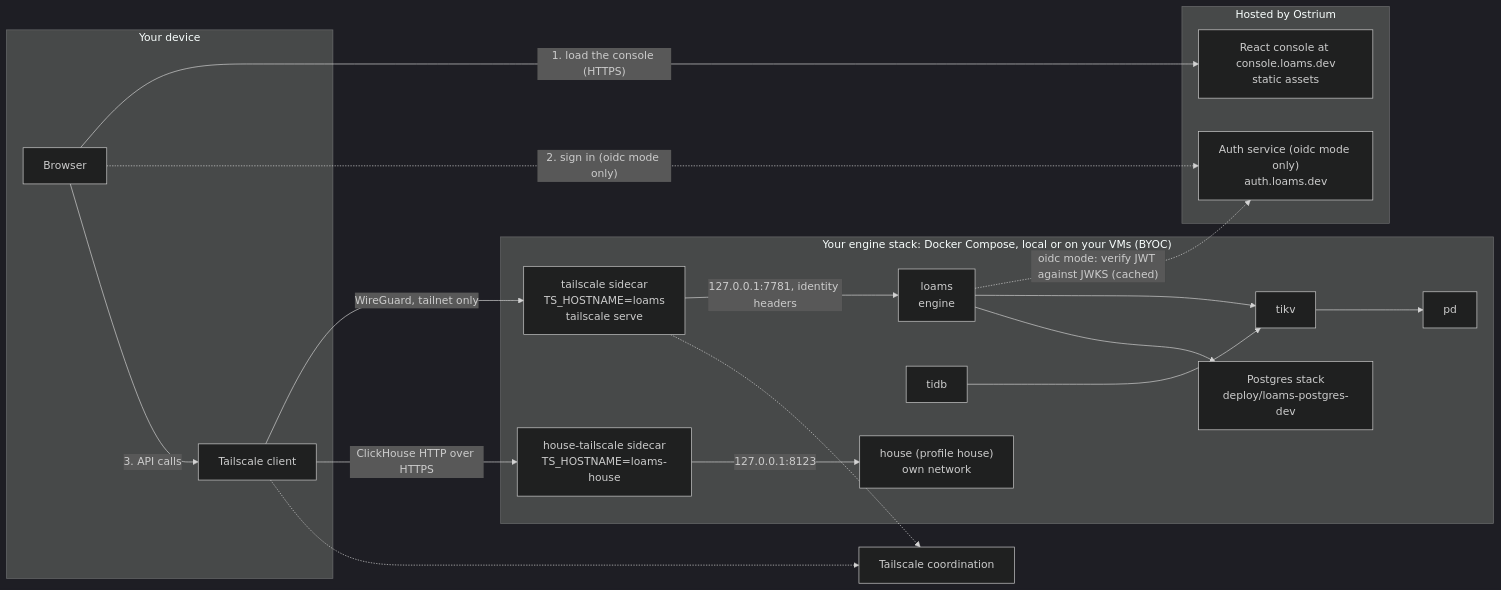
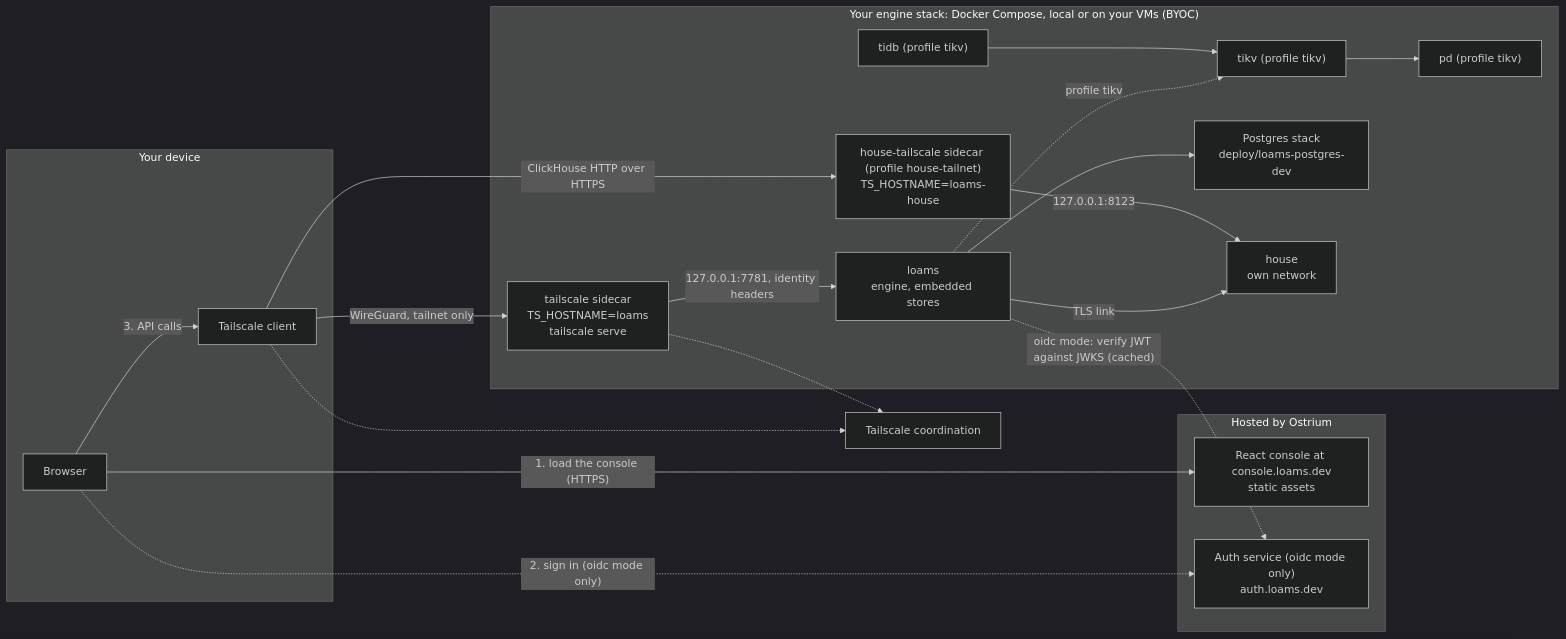
One commit to BharanitharanKR/loams changed the diagram in docs/release/preview.md. Above: the diagram before and after it, drawn with Mermaid (dark theme). The commit also changed other lines of this file and 24 other files, not shown here.

````diff
--- a/docs/release/preview.md
+++ b/docs/release/preview.md
@@ -124,40 +125,41 @@
 ```mermaid
 flowchart LR
   subgraph hosted["Hosted by Ostrium"]
     console["React console at console.loams.dev<br/>static assets"]
     auth["Auth service (oidc mode only)<br/>auth.loams.dev"]
   end
 
   subgraph device["Your device"]
     browser["Browser"]
     tsclient["Tailscale client"]
   end
 
   coord["Tailscale coordination"]
 
   subgraph stack["Your engine stack: Docker Compose, local or on your VMs (BYOC)"]
     ts["tailscale sidecar<br/>TS_HOSTNAME=loams<br/>tailscale serve"]
-    loams["loams<br/>engine"]
-    tidb["tidb"]
-    tikv["tikv"]
-    pd["pd"]
+    loams["loams<br/>engine, embedded stores"]
+    tidb["tidb (profile tikv)"]
+    tikv["tikv (profile tikv)"]
+    pd["pd (profile tikv)"]
     pg["Postgres stack<br/>deploy/loams-postgres-dev"]
-    hts["house-tailscale sidecar<br/>TS_HOSTNAME=loams-house"]
-    house["house (profile house)<br/>own network"]
+    hts["house-tailscale sidecar (profile house-tailnet)<br/>TS_HOSTNAME=loams-house"]
+    house["house<br/>own network"]
   end
 
   browser -- "1. load the console (HTTPS)" --> console
   browser -. "2. sign in (oidc mode only)" .-> auth
   browser -- "3. API calls" --> tsclient
   tsclient -- "WireGuard, tailnet only" --> ts
   ts -- "127.0.0.1:7781, identity headers" --> loams
   loams -. "oidc mode: verify JWT against JWKS (cached)" .-> auth
-  loams --> tikv
+  loams -. "profile tikv" .-> tikv
+  loams -- "TLS link" --> house
   tidb --> tikv
   tikv --> pd
   loams --> pg
   tsclient -- "ClickHouse HTTP over HTTPS" --> hts
   hts -- "127.0.0.1:8123" --> house
   tsclient -.-> coord
   ts -.-> coord
 ```
````
